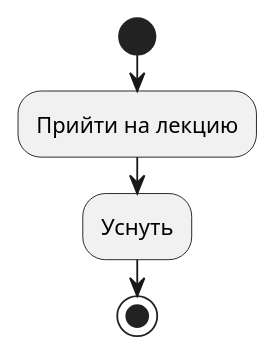
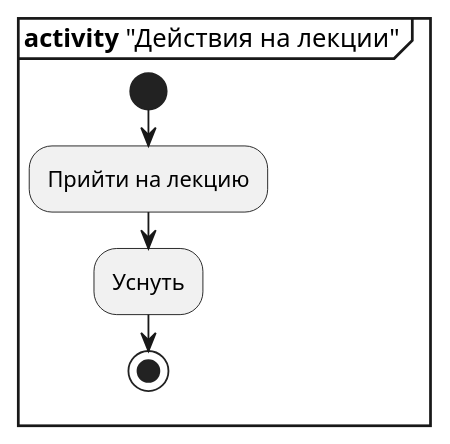
One commit to is-uml-y25/lectures changed the diagram in lecture-01/activity.puml. Above: the diagram before and after it, drawn with PlantUML.

Commit message:
fix: add frame to activity diagram

```diff
--- a/lecture-01/activity.puml
+++ b/lecture-01/activity.puml
@@ -1,6 +1,9 @@
-@startuml diagram name
+@startuml "Simple Activity"
+
+mainframe <b>activity</b> "Действия на лекции"
+
 start
 :Прийти на лекцию;
 :Уснуть;
 stop
 @enduml
```
